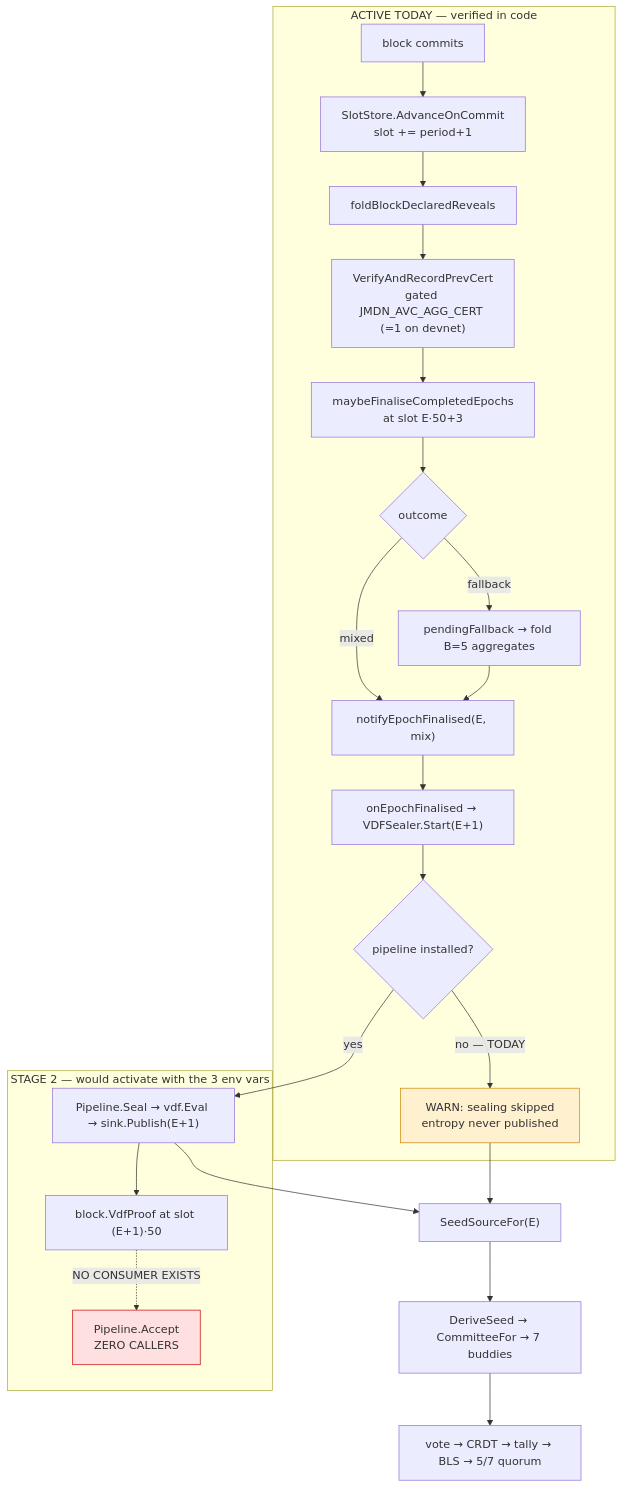
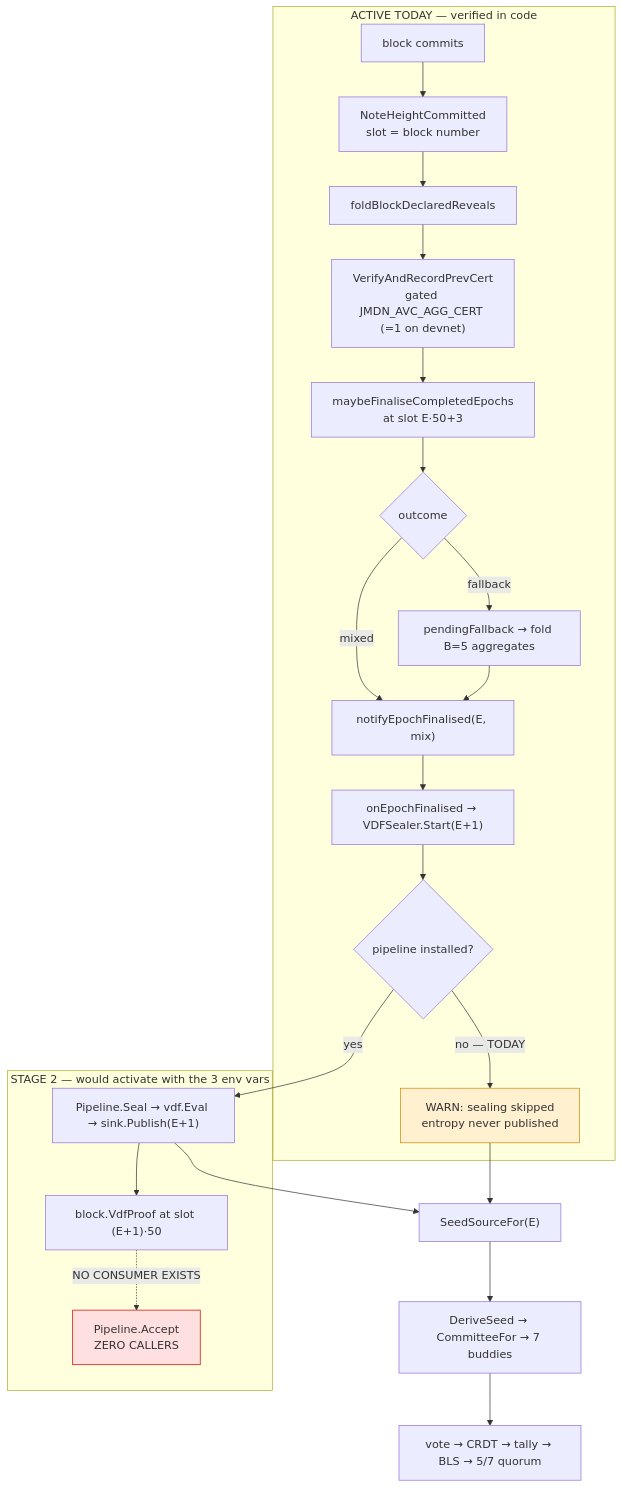
The diagram in Block/AVC-STAGE2-ENTROPY-AUDIT.md (JupiterMetaLabs/jmdn), drawn with Mermaid before and after one commit. The commit also changed 34 other files, not shown here.

First line of the commit message:
feat(consensus): slot = block number

````diff
--- a/Block/AVC-STAGE2-ENTROPY-AUDIT.md
+++ b/Block/AVC-STAGE2-ENTROPY-AUDIT.md
@@ -35,30 +35,30 @@
 ```mermaid
 flowchart TB
     subgraph active["ACTIVE TODAY — verified in code"]
-        A["block commits"] --> B["SlotStore.AdvanceOnCommit<br/>slot += period+1"]
+        A["block commits"] --> B["NoteHeightCommitted<br/>slot = block number"]
         B --> C["foldBlockDeclaredReveals"]
         C --> D["VerifyAndRecordPrevCert<br/>gated JMDN_AVC_AGG_CERT (=1 on devnet)"]
         D --> E["maybeFinaliseCompletedEpochs<br/>at slot E·50+3"]
         E --> F{"outcome"}
         F -->|"mixed"| G["notifyEpochFinalised(E, mix)"]
         F -->|"fallback"| H["pendingFallback → fold B=5 aggregates"]
         H --> G
         G --> I["onEpochFinalised → VDFSealer.Start(E+1)"]
         I --> J{"pipeline installed?"}
         J -->|"no — TODAY"| K["WARN: sealing skipped<br/>entropy never published"]
     end
 
     subgraph inactive["STAGE 2 — would activate with the 3 env vars"]
         J -->|"yes"| L["Pipeline.Seal → vdf.Eval → sink.Publish(E+1)"]
         L --> M["block.VdfProof at slot (E+1)·50"]
         M -.->|"NO CONSUMER EXISTS"| N["Pipeline.Accept<br/>ZERO CALLERS"]
     end
 
     K --> O["SeedSourceFor(E)"]
     L --> O
     O --> P["DeriveSeed → CommitteeFor → 7 buddies"]
     P --> Q["vote → CRDT → tally → BLS → 5/7 quorum"]
 
     style N fill:#ffe0e0,stroke:#c00
     style K fill:#fff0d0,stroke:#c80
 ```
````
